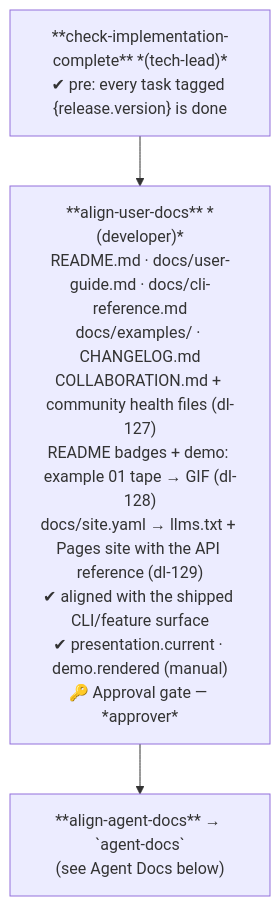
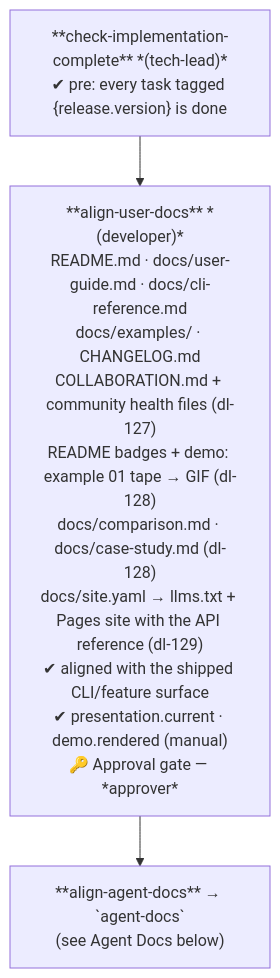
One commit to wingfoil/wingfoil changed diagram 12 of 29 in .wingfoil/WORKFLOW.md. Above: the diagram before and after it, drawn with Mermaid. The commit also changed 6 other files, not shown here.

First line of the commit message:
feat(docs): task-246 — comparison page and dogfooding case study (dl-128 items 3–4)

````diff
--- a/.wingfoil/WORKFLOW.md
+++ b/.wingfoil/WORKFLOW.md
@@ -348,8 +348,8 @@
 ```mermaid
 flowchart TD
     CI["**check-implementation-complete** *(tech-lead)*\n✔ pre: every task tagged {release.version} is done"]
-    AU["**align-user-docs** *(developer)*\nREADME.md · docs/user-guide.md · docs/cli-reference.md\ndocs/examples/ · CHANGELOG.md\nCOLLABORATION.md + community health files (dl-127)\nREADME badges + demo: example 01 tape → GIF (dl-128)\ndocs/site.yaml → llms.txt + Pages site with the API reference (dl-129)\n✔ aligned with the shipped CLI/feature surface\n✔ presentation.current · demo.rendered (manual)\n🔑 Approval gate — *approver*"]
+    AU["**align-user-docs** *(developer)*\nREADME.md · docs/user-guide.md · docs/cli-reference.md\ndocs/examples/ · CHANGELOG.md\nCOLLABORATION.md + community health files (dl-127)\nREADME badges + demo: example 01 tape → GIF (dl-128)\ndocs/comparison.md · docs/case-study.md (dl-128)\ndocs/site.yaml → llms.txt + Pages site with the API reference (dl-129)\n✔ aligned with the shipped CLI/feature surface\n✔ presentation.current · demo.rendered (manual)\n🔑 Approval gate — *approver*"]
     AA["**align-agent-docs** → `agent-docs`\n(see Agent Docs below)"]
 
     CI --> AU --> AA
 ```
````
